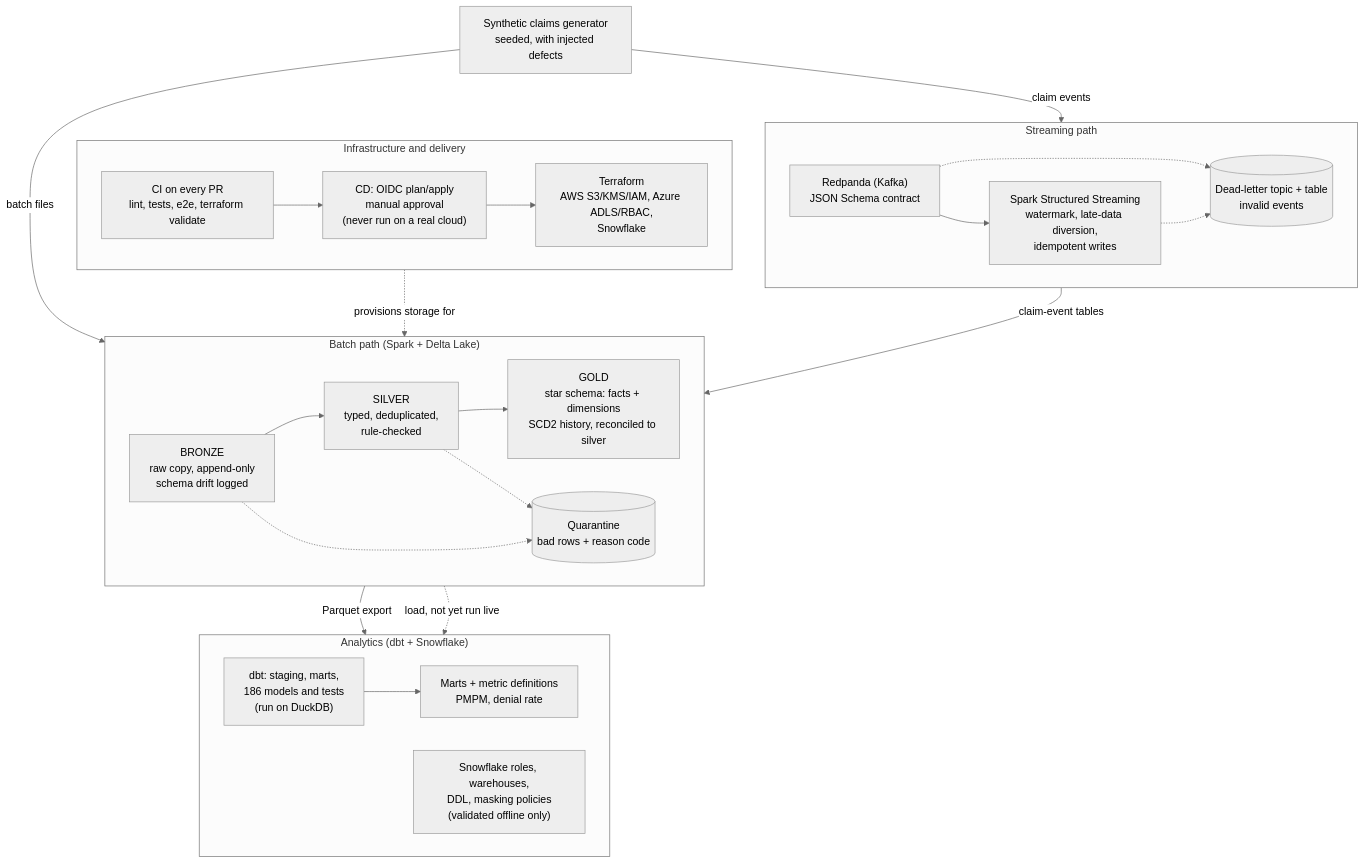
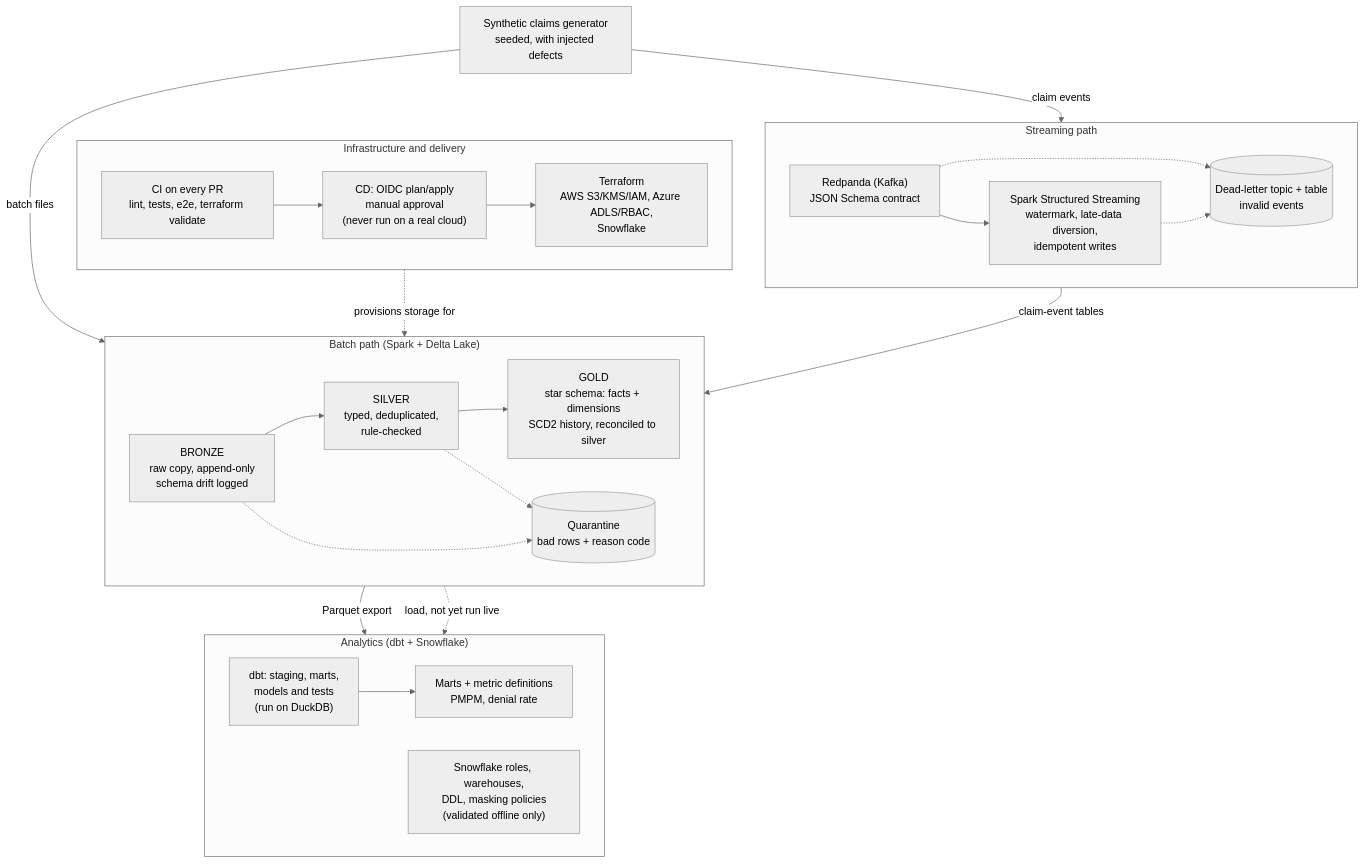
One commit to nikshepkulli/claims-lakehouse changed the diagram in README.md. Above: the diagram before and after it, drawn with Mermaid (neutral theme). The commit also changed other lines of this file and 1 other file, not shown here.

````diff
--- a/README.md
+++ b/README.md
@@ -39,48 +39,48 @@
 ```mermaid
 flowchart TB
   GEN["Synthetic claims generator<br/>seeded, with injected defects"]
 
   subgraph BATCH["Batch path (Spark + Delta Lake)"]
     direction LR
     BRZ["BRONZE<br/>raw copy, append-only<br/>schema drift logged"]
     SLV["SILVER<br/>typed, deduplicated,<br/>rule-checked"]
     GLD["GOLD<br/>star schema: facts + dimensions<br/>SCD2 history, reconciled to silver"]
     QUA[("Quarantine<br/>bad rows + reason code")]
     BRZ --> SLV --> GLD
     BRZ -.-> QUA
     SLV -.-> QUA
   end
 
   subgraph STREAM["Streaming path"]
     direction LR
     RP["Redpanda (Kafka)<br/>JSON Schema contract"]
     SS["Spark Structured Streaming<br/>watermark, late-data diversion,<br/>idempotent writes"]
     DLQ[("Dead-letter topic + table<br/>invalid events")]
     RP --> SS
     RP -.-> DLQ
     SS -.-> DLQ
   end
 
   subgraph SERVE["Analytics (dbt + Snowflake)"]
     direction LR
-    DBT["dbt: staging, marts,<br/>186 models and tests<br/>(run on DuckDB)"]
+    DBT["dbt: staging, marts,<br/>models and tests<br/>(run on DuckDB)"]
     SNOW["Snowflake roles, warehouses,<br/>DDL, masking policies<br/>(validated offline only)"]
     MART["Marts + metric definitions<br/>PMPM, denial rate"]
     DBT --> MART
   end
 
   subgraph INFRA["Infrastructure and delivery"]
     direction LR
     TF["Terraform<br/>AWS S3/KMS/IAM, Azure ADLS/RBAC,<br/>Snowflake"]
     CI["CI on every PR<br/>lint, tests, e2e, terraform validate"]
     CD["CD: OIDC plan/apply<br/>manual approval<br/>(never run on a real cloud)"]
     CI --> CD --> TF
   end
 
   GEN -->|batch files| BRZ
   GEN -->|claim events| RP
   SS -->|claim-event tables| SLV
   GLD -->|Parquet export| DBT
   GLD -.->|load, not yet run live| SNOW
   TF -.->|provisions storage for| BRZ
 ```
````
